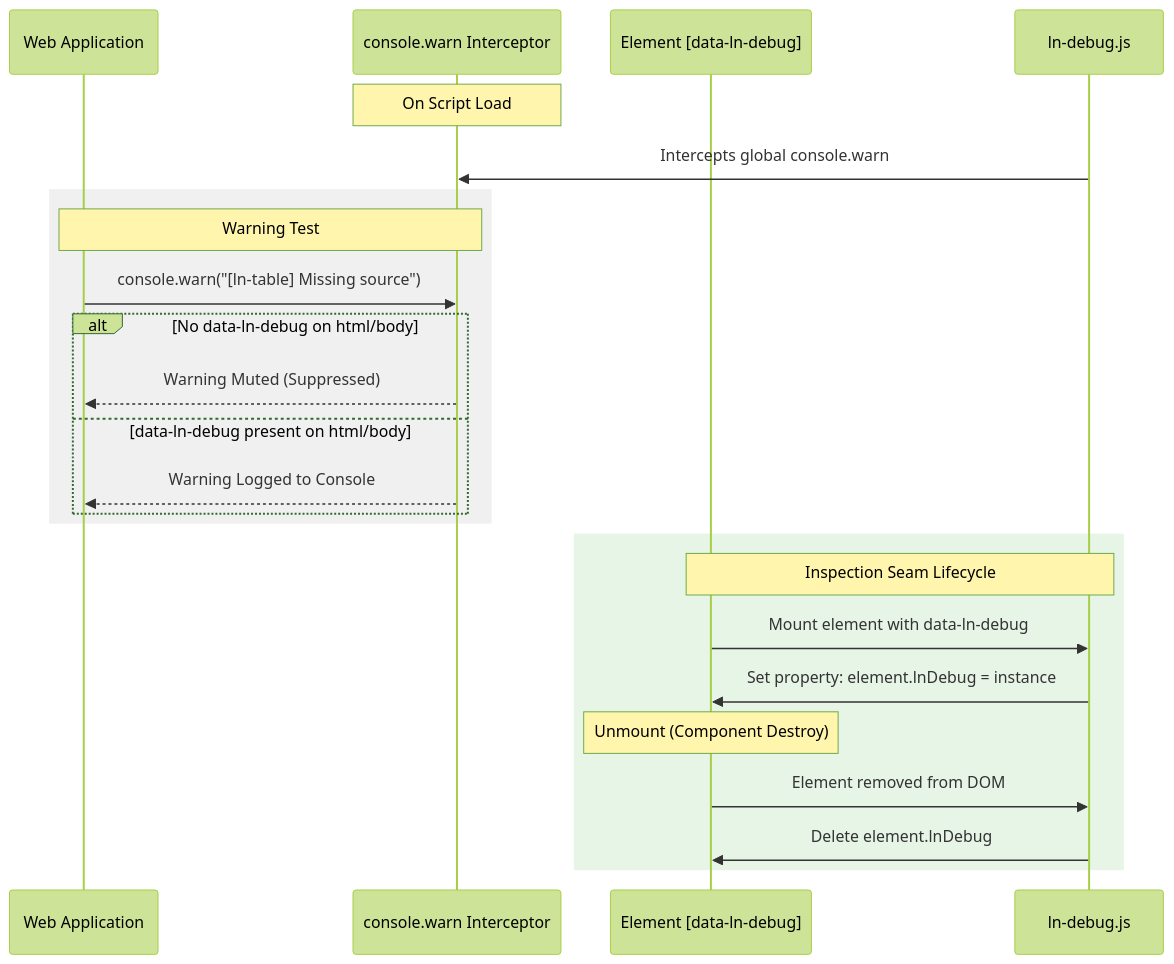
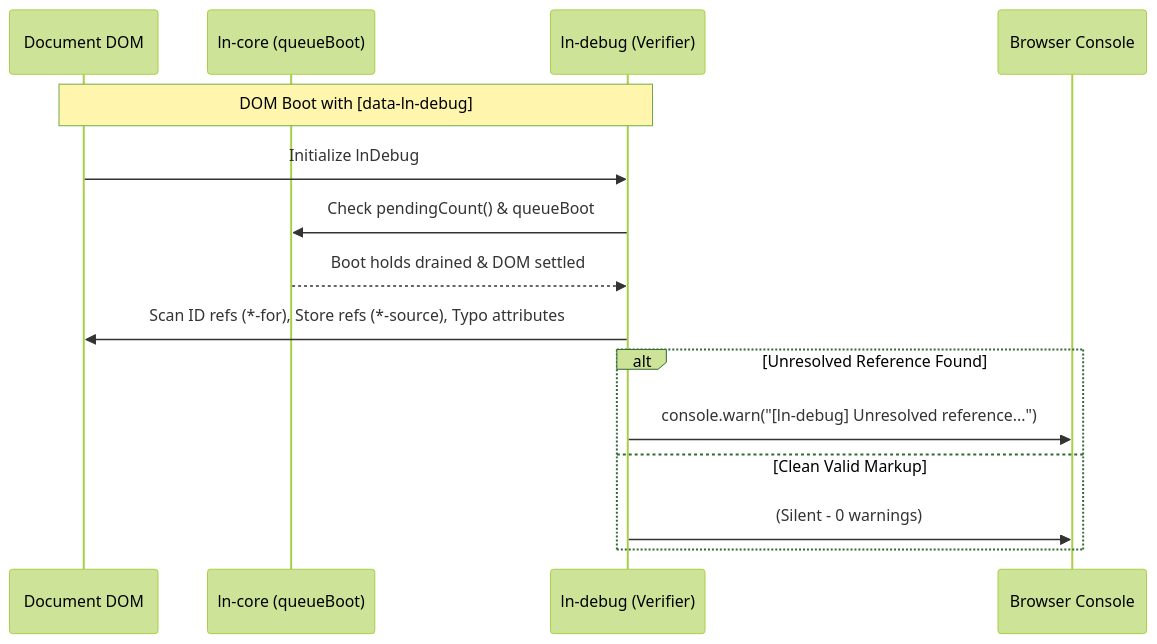
The diagram in docs-mcp/components/ln-debug.md (livenetworks/ln-ashlar), drawn with Mermaid (forest theme) before and after one commit. The commit also changed other lines of this file, not shown here.

Commit message:
docs(ln-debug): update MCP documentation with contract verifier and generic resolvers

````diff
--- a/docs-mcp/components/ln-debug.md
+++ b/docs-mcp/components/ln-debug.md
@@ -118,29 +122,18 @@
 ```mermaid
 sequenceDiagram
-    participant WebApp as Web Application
-    participant Console as console.warn Interceptor
-    participant DOM as Element [data-ln-debug]
-    participant DebugJS as ln-debug.js
+    participant DOM as Document DOM
+    participant Core as ln-core (queueBoot)
+    participant Debug as ln-debug (Verifier)
+    participant Console as Browser Console
 
-    Note over Console: On Script Load
-    DebugJS->>Console: Intercepts global console.warn
-    
-    rect rgb(240, 240, 240)
-        Note over WebApp, Console: Warning Test
-        WebApp->>Console: console.warn("[ln-table] Missing source")
-        alt No data-ln-debug on html/body
-            Console-->>WebApp: Warning Muted (Suppressed)
-        else data-ln-debug present on html/body
-            Console-->>WebApp: Warning Logged to Console
-        end
-    end
-
-    rect rgb(230, 245, 230)
-        Note over DOM, DebugJS: Inspection Seam Lifecycle
-        DOM->>DebugJS: Mount element with data-ln-debug
-        DebugJS->>DOM: Set property: element.lnDebug = instance
-        Note over DOM: Unmount (Component Destroy)
-        DOM->>DebugJS: Element removed from DOM
-        DebugJS->>DOM: Delete element.lnDebug
+    Note over DOM, Debug: DOM Boot with [data-ln-debug]
+    DOM->>Debug: Initialize lnDebug
+    Debug->>Core: Check pendingCount() & queueBoot
+    Core-->>Debug: Boot holds drained & DOM settled
+    Debug->>DOM: Scan ID refs (*-for), Store refs (*-source), Typo attributes
+    alt Unresolved Reference Found
+        Debug->>Console: console.warn("[ln-debug] Unresolved reference...")
+    else Clean Valid Markup
+        Debug->>Console: (Silent - 0 warnings)
     end
 ```
````
